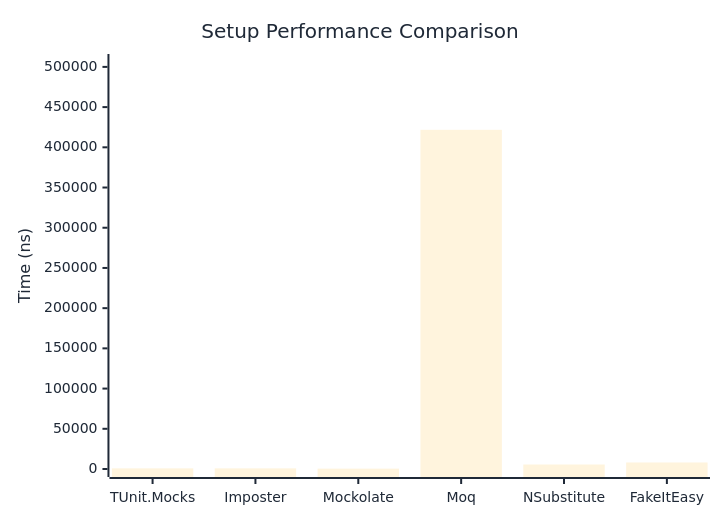
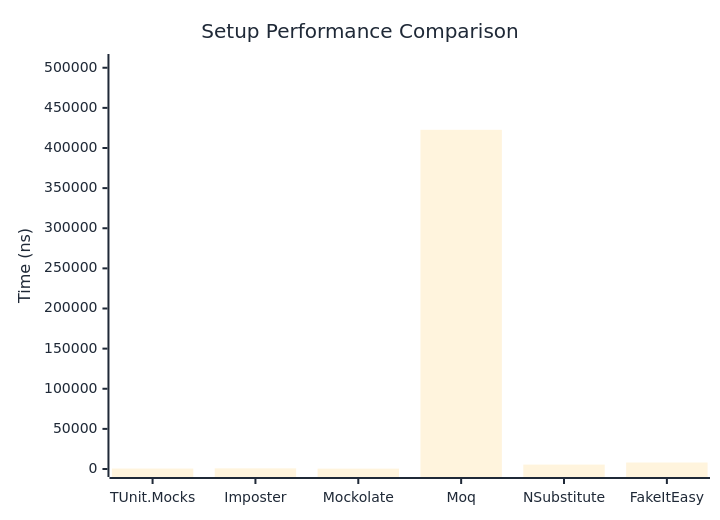
The first of 2 diagrams in docs/docs/benchmarks/mocks/Setup.md (thomhurst/TUnit), drawn with Mermaid before and after one commit. The commit also changed other lines of this file and 14 other files, not shown here.

````diff
--- a/docs/docs/benchmarks/mocks/Setup.md
+++ b/docs/docs/benchmarks/mocks/Setup.md
@@ -28,27 +28,27 @@
 ```mermaid
 %%{init: {
   'theme':'base',
   'themeVariables': {
     'primaryColor': '#2563eb',
     'primaryTextColor': '#1f2937',
     'primaryBorderColor': '#1e40af',
     'lineColor': '#6b7280',
     'secondaryColor': '#7c3aed',
     'tertiaryColor': '#dc2626',
     'background': '#ffffff',
     'pie1': '#2563eb',
     'pie2': '#7c3aed',
     'pie3': '#dc2626',
     'pie4': '#f59e0b',
     'pie5': '#10b981',
     'pie6': '#06b6d4',
     'pie7': '#ec4899',
     'pie8': '#6366f1'
   }
 }}%%
 xychart-beta
   title "Setup Performance Comparison"
   x-axis ["TUnit.Mocks", "Imposter", "Mockolate", "Moq", "NSubstitute", "FakeItEasy"]
-  y-axis "Time (ns)" 0 --> 506084
-  bar [776.6, 787.7, 444.8, 421736.6, 5590.6, 8098.2]
+  y-axis "Time (ns)" 0 --> 507159
+  bar [542.7, 808.1, 438, 422632.5, 5494.1, 8080.6]
 ```
````
